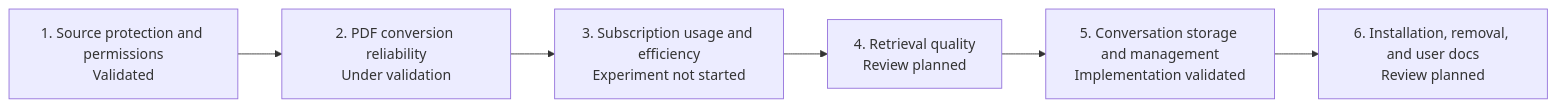
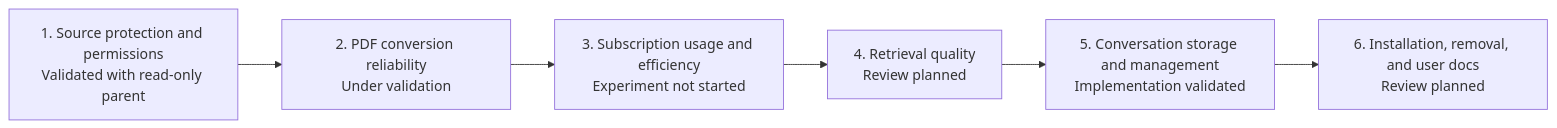
One commit to LWH4Data/research-agent changed the diagram in docs/technical/ROADMAP.en.md. Above: the diagram before and after it, drawn with Mermaid. The commit also changed other lines of this file and 39 other files, not shown here.

````diff
--- a/docs/technical/ROADMAP.en.md
+++ b/docs/technical/ROADMAP.en.md
@@ -13,8 +13,8 @@
 ```mermaid
 flowchart LR
-    M1[1. Source protection and permissions<br/>Validated] --> M2[2. PDF conversion reliability<br/>Under validation]
+    M1[1. Source protection and permissions<br/>Validated with read-only parent] --> M2[2. PDF conversion reliability<br/>Under validation]
     M2 --> M3[3. Subscription usage and efficiency<br/>Experiment not started]
     M3 --> M4[4. Retrieval quality<br/>Review planned]
     M4 --> M5[5. Conversation storage and management<br/>Implementation validated]
     M5 --> M6[6. Installation, removal, and user docs<br/>Review planned]
 ```
````
